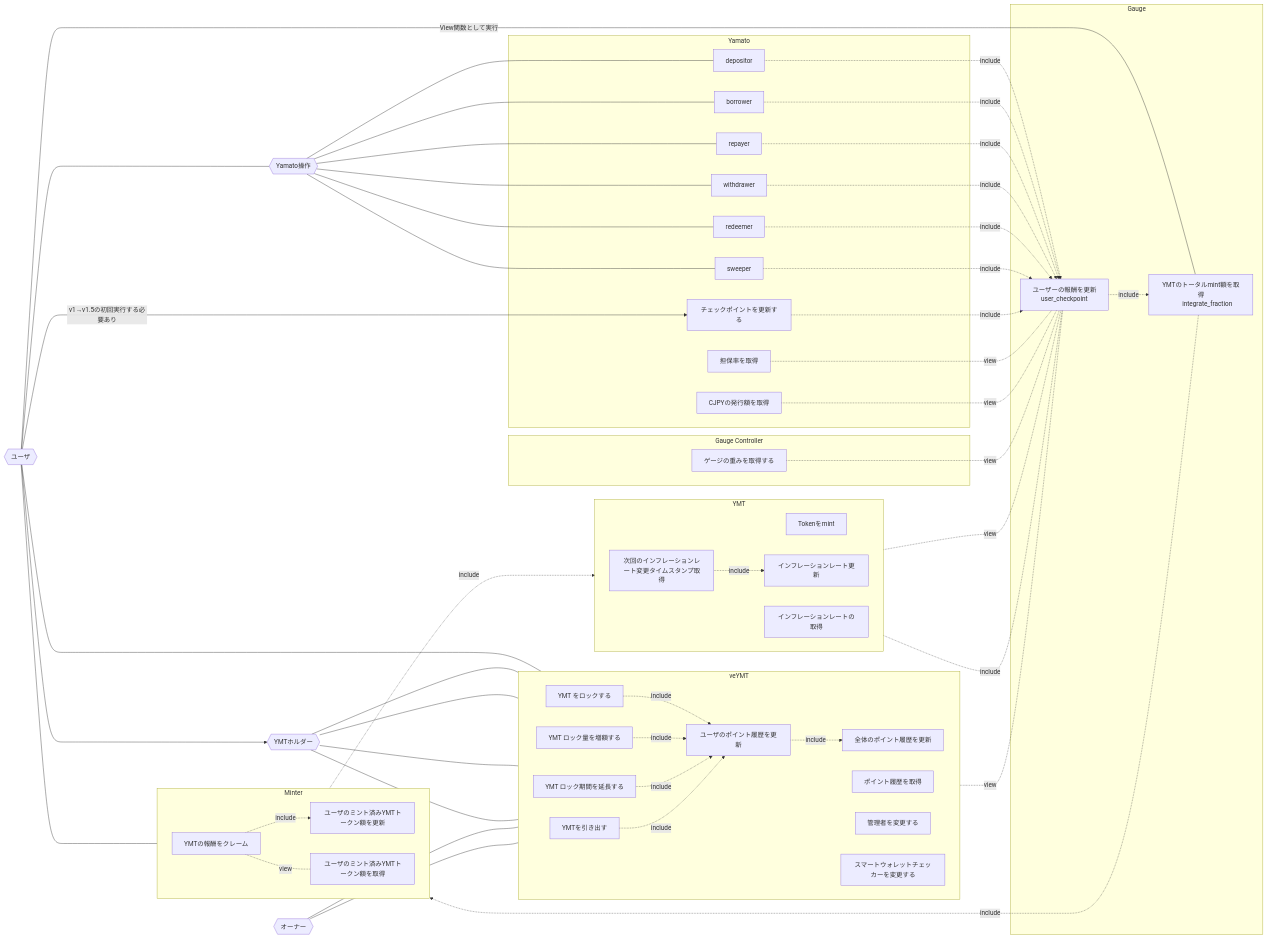
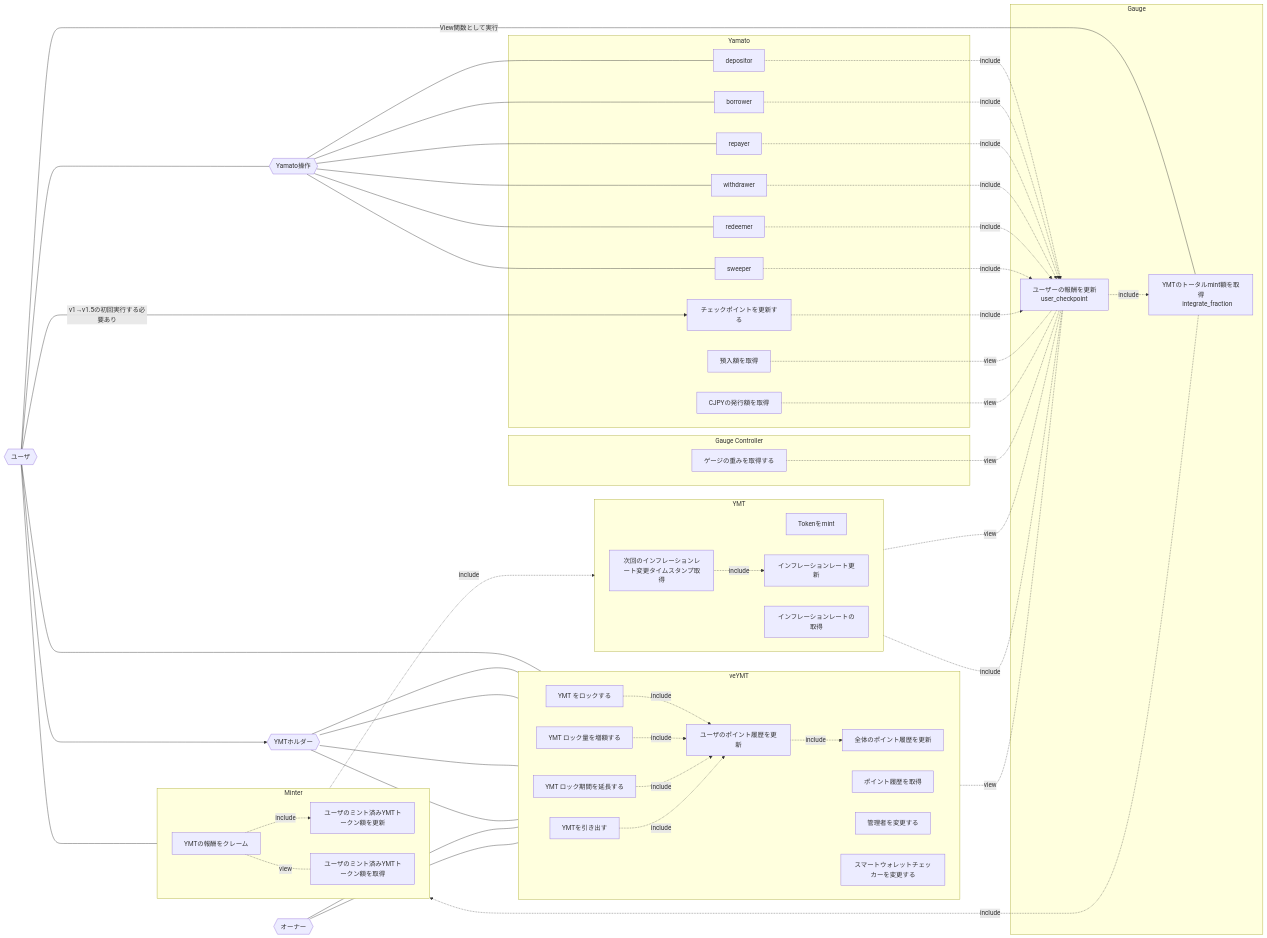
The diagram in doc/v1.5/veYMT/usecase.md (DeFiGeek-Community/yamato), drawn with Mermaid before and after one commit. The commit also changed 7 other files, not shown here.

```diff
--- a/doc/v1.5/veYMT/usecase.md
+++ b/doc/v1.5/veYMT/usecase.md
@@ -37,7 +37,7 @@
 
     gauge_relative_weight[ゲージの重みを取得する]
 
-    collateral_ratio[担保率を取得]
+    collateral_ratio[預入額を取得]
     balance_issued[CJPYの発行額を取得]
     first_checkpoint[チェックポイントを更新する]
     depositor
```
